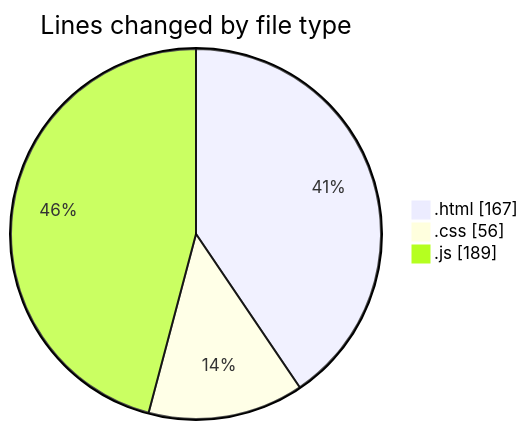
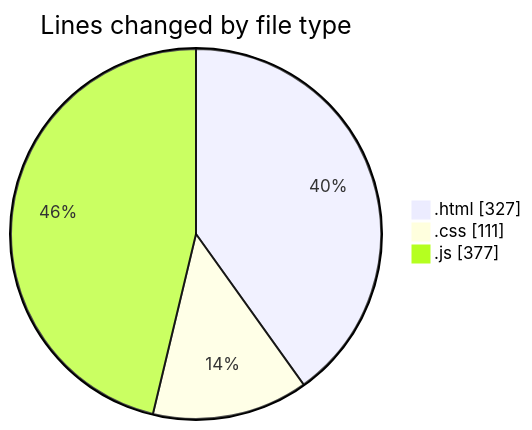
The first of 2 diagrams in 2025-09-01/project/README.md (IJAZ3593/code-tracking), drawn with Mermaid before and after one commit. The commit also changed other lines of this file and 1 other file, not shown here.

````diff
--- a/2025-09-01/project/README.md
+++ b/2025-09-01/project/README.md
@@ -26,7 +26,7 @@
 ```mermaid
 pie showData
 title Lines changed by file type
-".html" : 167
-".css" : 56
-".js" : 189
+".html" : 327
+".css" : 111
+".js" : 377
 ```
````
